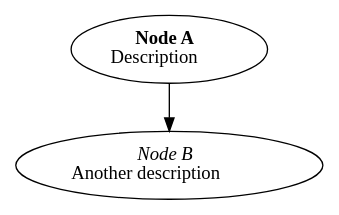
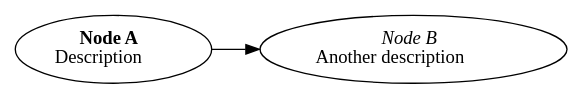
One commit to FrankGaLu/Tutoriales changed diagram 16 of 16 in graphviz_tutorial_eng.md. Above: the diagram before and after it, drawn with Graphviz. The commit also changed other lines of this file, not shown here.

Commit message:
feat: expand Graphviz tutorial with orientation and spline examples

````diff
--- a/graphviz_tutorial_eng.md
+++ b/graphviz_tutorial_eng.md
@@ -223,7 +316,8 @@
 ```dot
 digraph G {
+    rankdir=LR;
     A [label=< <B>Node A</B><BR/>Description >];
     B [label=< <I>Node B</I><BR/>Another description >];
     A -> B;
 }
 ```
````
